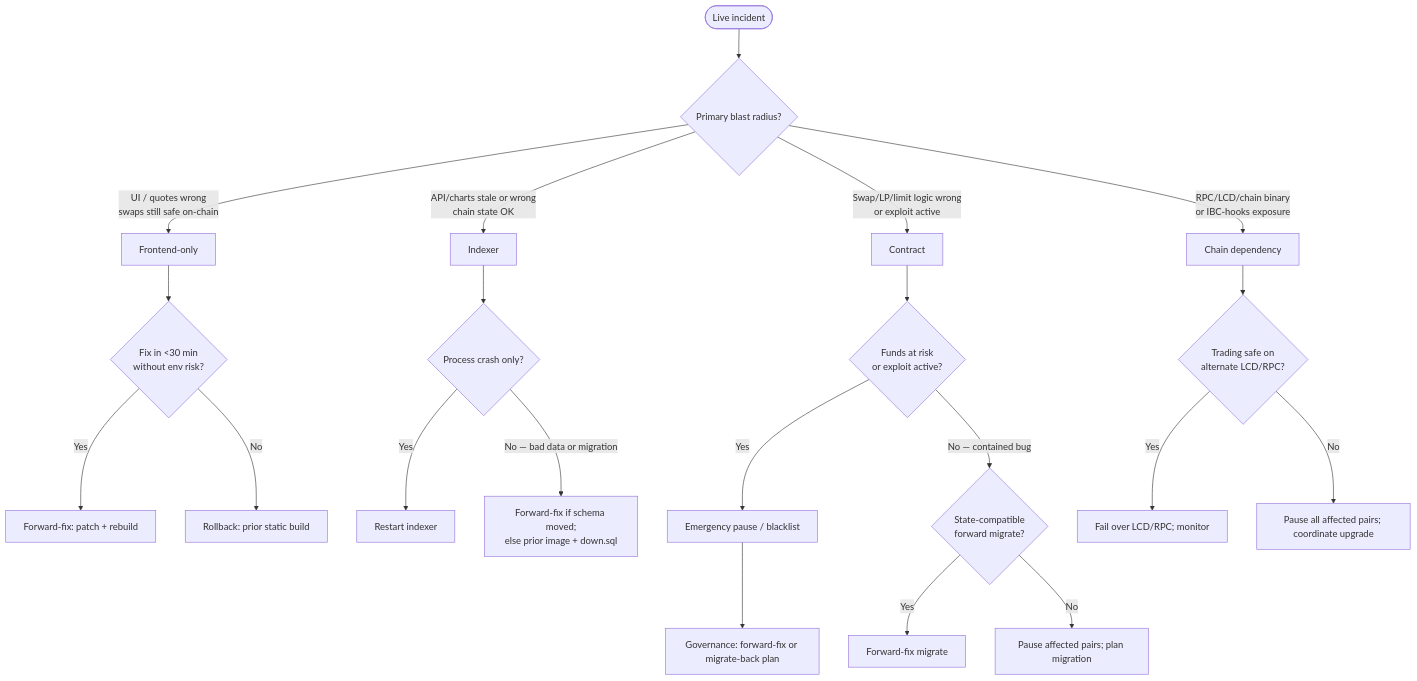
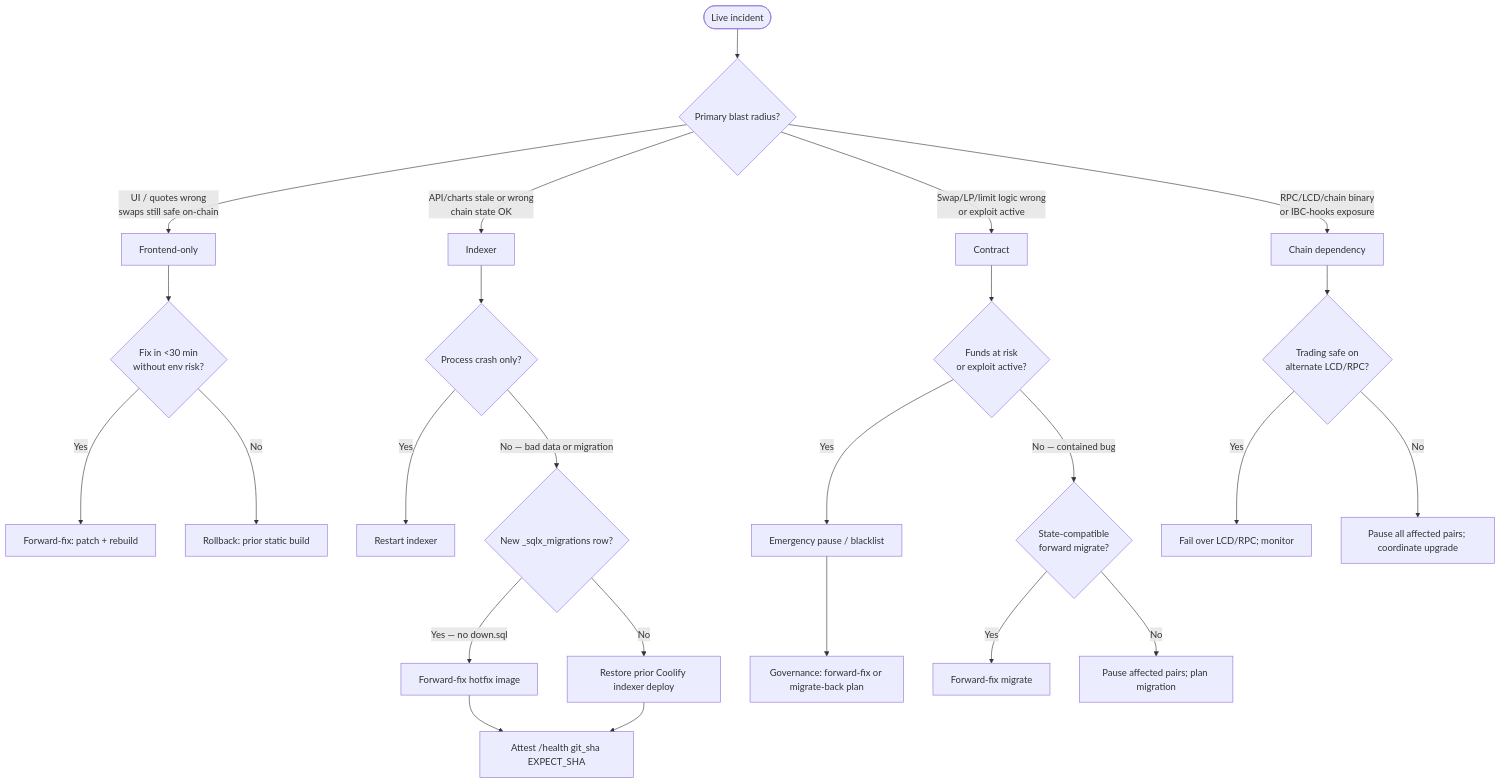
One commit to PlasticDigits/cl8y-dex-terraclassic changed the diagram in docs/runbooks/rollback-decision.md. Above: the diagram before and after it, drawn with Mermaid. The commit also changed other lines of this file and 7 other files, not shown here.

First line of the commit message:
docs(indexer): fail-close leftover-complete without EXPECT_SHA

````diff
--- a/docs/runbooks/rollback-decision.md
+++ b/docs/runbooks/rollback-decision.md
@@ -22,23 +22,27 @@
 ```mermaid
 flowchart TD
   start([Live incident]) --> classify{Primary blast radius?}
   classify -->|UI / quotes wrong<br/>swaps still safe on-chain| fe[Frontend-only]
   classify -->|API/charts stale or wrong<br/>chain state OK| idx[Indexer]
   classify -->|Swap/LP/limit logic wrong<br/>or exploit active| ctr[Contract]
   classify -->|RPC/LCD/chain binary<br/>or IBC-hooks exposure| chain[Chain dependency]
   fe --> fe_dec{Fix in &lt;30 min<br/>without env risk?}
   fe_dec -->|Yes| fe_hot[Forward-fix: patch + rebuild]
   fe_dec -->|No| fe_roll[Rollback: prior static build]
   idx --> idx_dec{Process crash only?}
   idx_dec -->|Yes| idx_restart[Restart indexer]
-  idx_dec -->|No — bad data or migration| idx_roll[Forward-fix if schema moved;<br/>else prior image + down.sql]
+  idx_dec -->|No — bad data or migration| idx_schema{New _sqlx_migrations row?}
+  idx_schema -->|Yes — no down.sql| idx_fwd[Forward-fix hotfix image]
+  idx_schema -->|No| idx_cool[Restore prior Coolify indexer deploy]
+  idx_fwd --> idx_attest[Attest /health git_sha EXPECT_SHA]
+  idx_cool --> idx_attest
   ctr --> ctr_risk{Funds at risk<br/>or exploit active?}
   ctr_risk -->|Yes| ctr_pause[Emergency pause / blacklist]
   ctr_risk -->|No — contained bug| ctr_fix{State-compatible<br/>forward migrate?}
   ctr_pause --> ctr_plan[Governance: forward-fix or migrate-back plan]
   ctr_fix -->|Yes| ctr_migrate[Forward-fix migrate]
   ctr_fix -->|No| ctr_wait[Pause affected pairs; plan migration]
   chain --> chain_dec{Trading safe on<br/>alternate LCD/RPC?}
   chain_dec -->|Yes| chain_lcd[Fail over LCD/RPC; monitor]
   chain_dec -->|No| chain_pause[Pause all affected pairs; coordinate upgrade]
 ```
````
